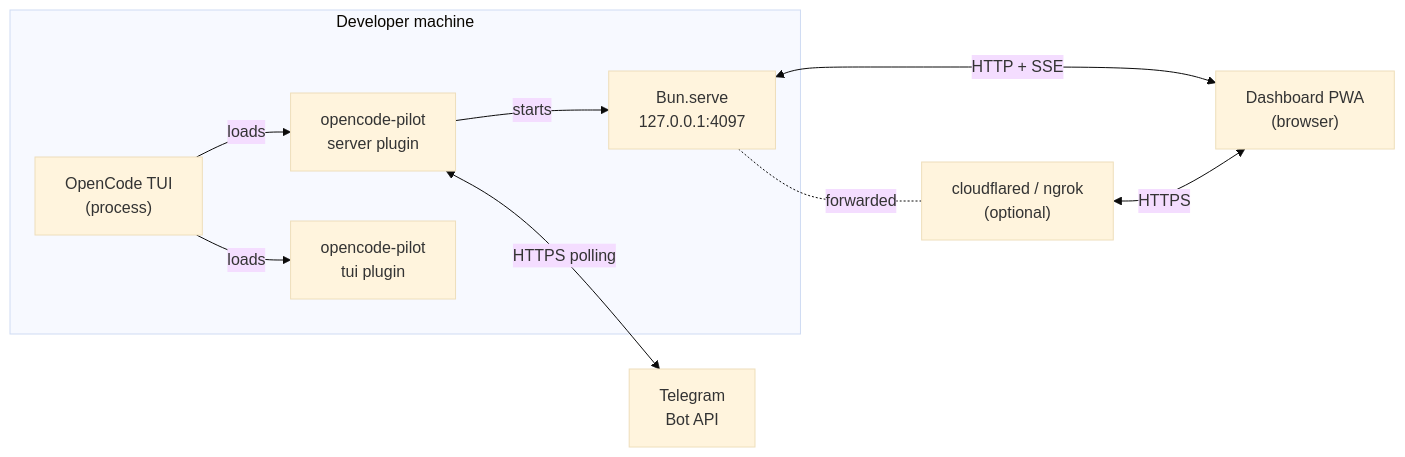
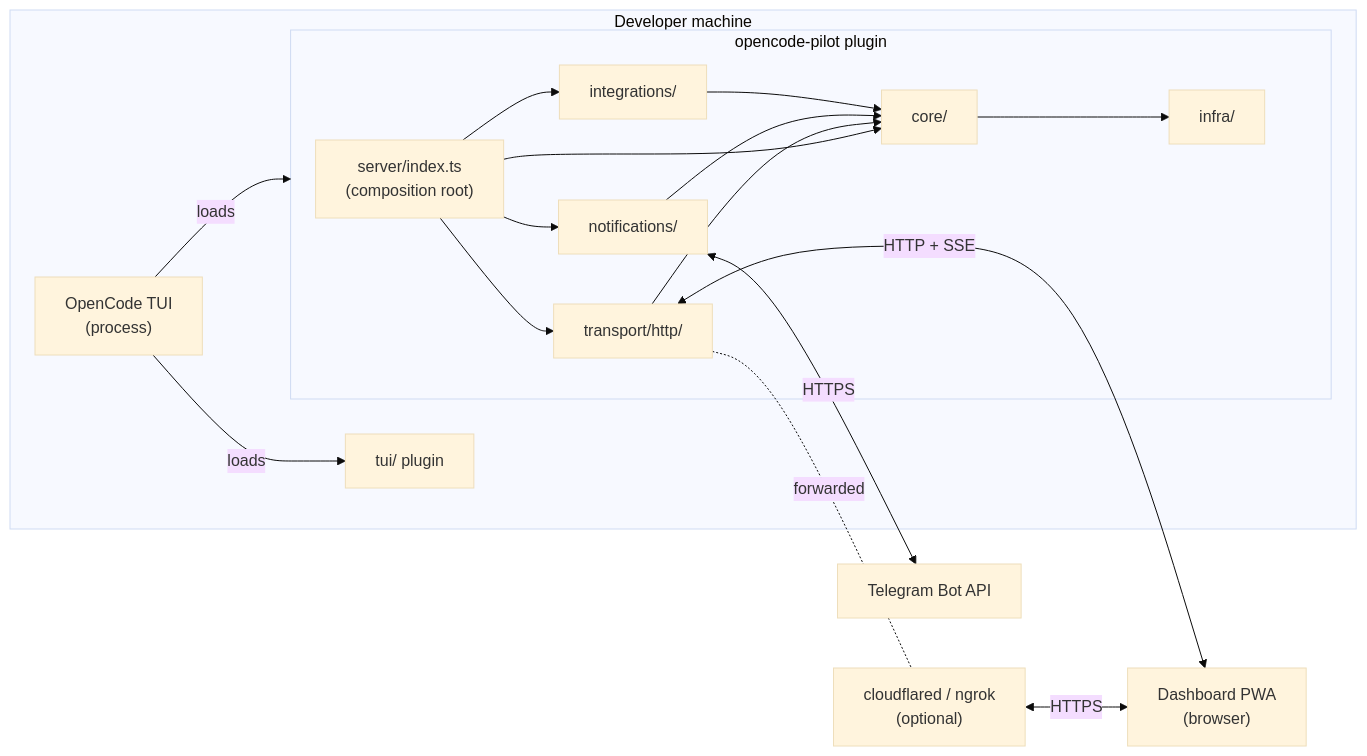
Before and after one commit to lesquel/open-remote-control: the diagram in docs/ARCHITECTURE.md, drawn with Mermaid (base theme). The commit also changed other lines of this file and 12 other files, not shown here.

First line of the commit message:
feat(arch): rewrite server/index.ts as composition root + docs

````diff
--- a/docs/ARCHITECTURE.md
+++ b/docs/ARCHITECTURE.md
@@ -24,22 +184,32 @@
 ```mermaid
 flowchart LR
     subgraph Host["Developer machine"]
         OC["OpenCode TUI<br/>(process)"]
-        Pilot["opencode-pilot<br/>server plugin"]
-        Bun["Bun.serve<br/>127.0.0.1:4097"]
-        TUI["opencode-pilot<br/>tui plugin"]
-
-        OC -- loads --> Pilot
+        subgraph Plugin["opencode-pilot plugin"]
+            Root["server/index.ts<br/>(composition root)"]
+            Core["core/"]
+            Transport["transport/http/"]
+            Integrations["integrations/"]
+            Notifications["notifications/"]
+            Infra["infra/"]
+        end
+        TUI["tui/ plugin"]
+        OC -- loads --> Plugin
         OC -- loads --> TUI
-        Pilot -- starts --> Bun
+        Root --> Core
+        Root --> Transport
+        Root --> Integrations
+        Root --> Notifications
+        Core --> Infra
+        Transport --> Core
+        Notifications --> Core
+        Integrations --> Core
     end
-
     Phone["Dashboard PWA<br/>(browser)"]
-    TG["Telegram<br/>Bot API"]
+    TG["Telegram Bot API"]
     Tunnel["cloudflared / ngrok<br/>(optional)"]
-
-    Bun <-- "HTTP + SSE" --> Phone
-    Pilot <-- "HTTPS polling" --> TG
-    Bun -. "forwarded" .- Tunnel
+    Transport <-- "HTTP + SSE" --> Phone
+    Notifications <-- "HTTPS" --> TG
+    Transport -. "forwarded" .- Tunnel
     Tunnel <-- "HTTPS" --> Phone
 ```
````
